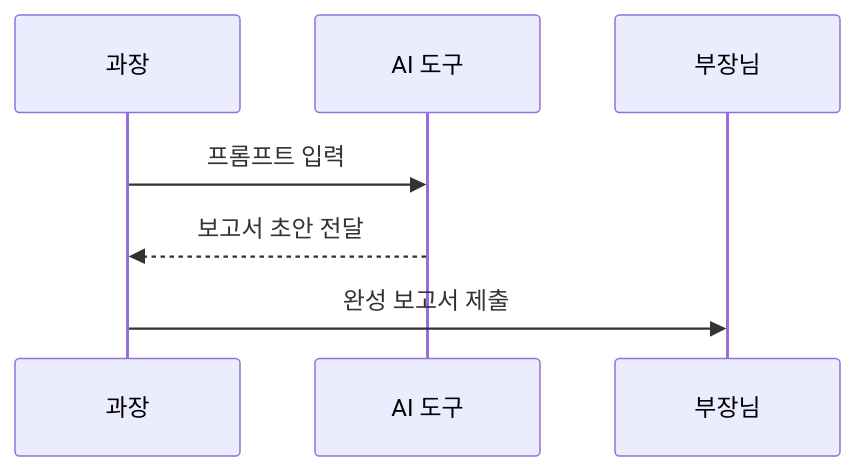
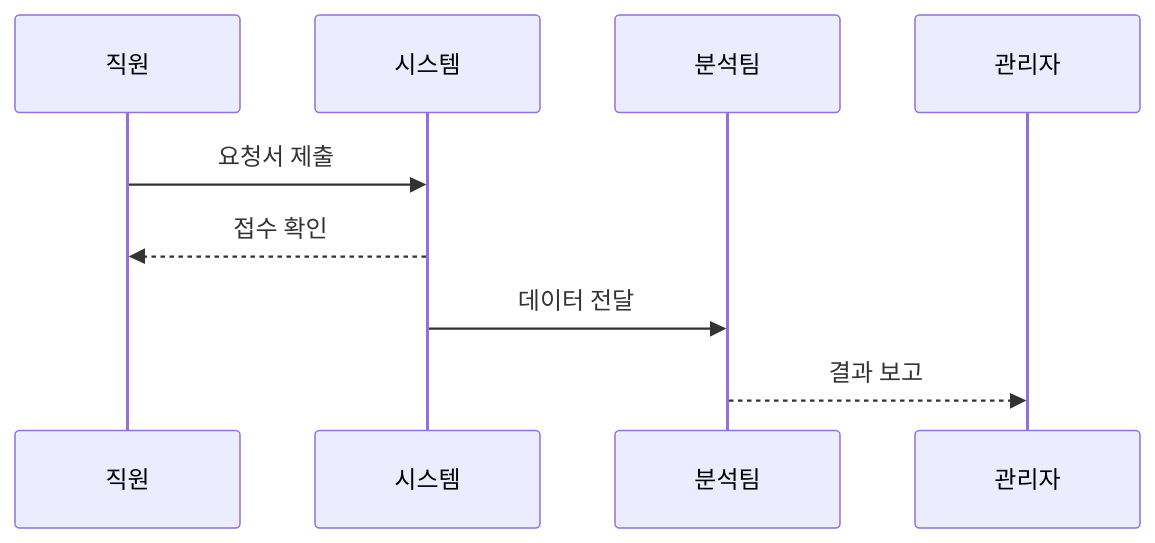
The second of 3 diagrams in 8. 보고서 만들기 고급.md (HunHee-Joung/Study), drawn with Mermaid before and after one commit. The commit also changed other lines of this file, not shown here.

Commit message:
Update 8. 보고서 만들기 고급.md

````diff
--- a/8. 보고서 만들기 고급.md
+++ b/8. 보고서 만들기 고급.md
@@ -77,9 +122,7 @@
 ```mermaid
 sequenceDiagram
-    participant Staff as 과장
-    participant Tool as AI 도구
-    participant Boss as 부장님
-    Staff->>Tool: 프롬프트 입력
-    Tool-->>Staff: 보고서 초안 전달
-    Staff->>Boss: 완성 보고서 제출
+  직원->>시스템: 요청서 제출
+  시스템-->>직원: 접수 확인
+  시스템->>분석팀: 데이터 전달
+  분석팀-->>관리자: 결과 보고
 ```
````
